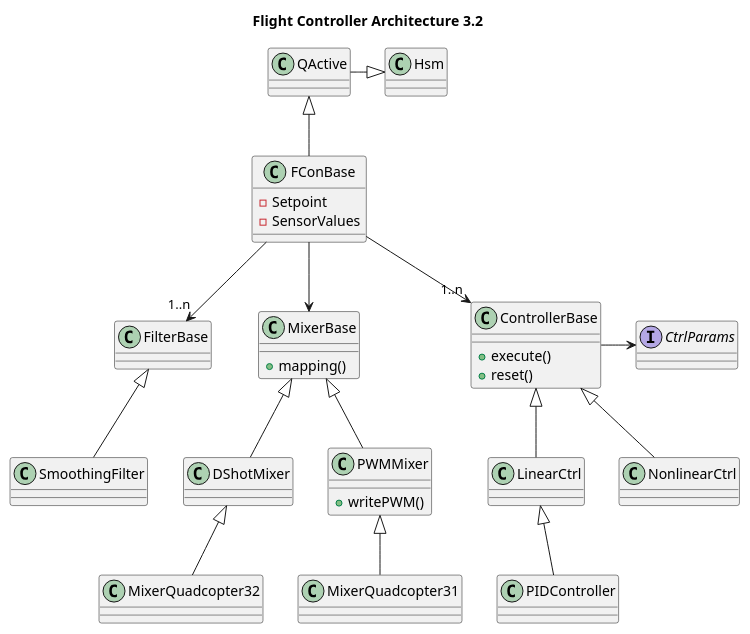
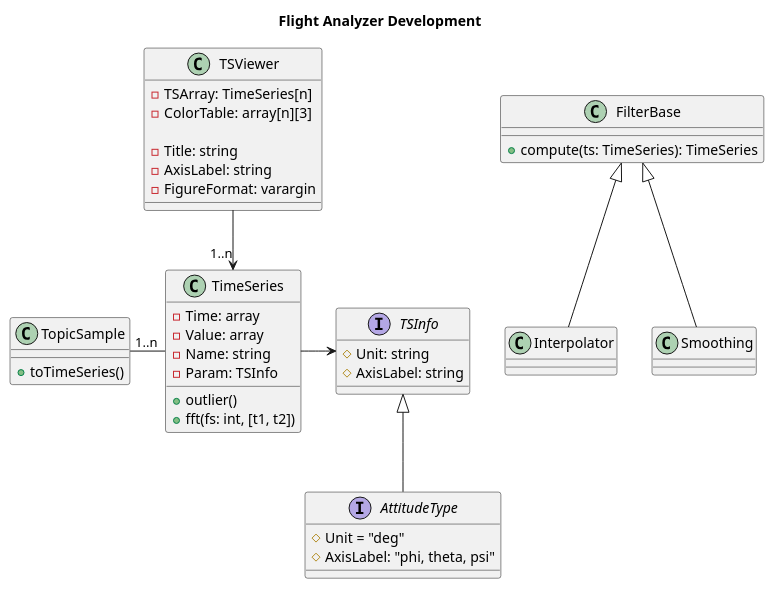
The diagram in Documentation/design.pu (khanhln2907/FlightAnalyzer), drawn with PlantUML before and after one commit. The commit also changed 24 other files, not shown here.

```diff
--- a/Documentation/design.pu
+++ b/Documentation/design.pu
@@ -1,61 +1,62 @@
 @startuml
 
-title Flight Controller Architecture 3.2
+title Flight Analyzer Development
 
-class FConBase {
-    - Setpoint
-    - SensorValues 
+class TopicSample {
+    + toTimeSeries()
 }
 
-class ControllerBase{
-    + execute()
-    + reset()
+class TSViewer {
+    - TSArray: TimeSeries[n]
+    - ColorTable: array[n][3]
+
+    - Title: string 
+    - AxisLabel: string
+    - FigureFormat: varargin 
 }
 
-class PIDController {
+class TimeSeries {
+    - Time: array 
+    - Value: array 
+    - Name: string 
+    - Param: TSInfo
+
+    + outlier()
+    + fft(fs: int, [t1, t2])
+}
+
+
+interface TSInfo {
+    # Unit: string 
+    # AxisLabel: string 
+}
+
+interface AttitudeType {
+    # Unit = "deg"
+    # AxisLabel: "phi, theta, psi"
+}
+
+
+class FilterBase {
+    + compute(ts: TimeSeries): TimeSeries
+}
+
+class Interpolator
+
+class Smoothing {
 
 }
 
-class MixerBase {
-    + mapping() 
-}
 
-class PWMMixer {
-    + writePWM()
-}
+TopicSample -r- "1..n" TimeSeries 
 
-class MixerQuadcopter31 {
 
-}
+TimeSeries -r-> TSInfo
+Interpolator -u-|> FilterBase
+Smoothing -u-|> FilterBase
 
-class DShotMixer{
+TSViewer --> "1..n" TimeSeries 
 
-}
-
-interface CtrlParams{
-
-}
-
-class FilterBase{
-
-}
-
-QActive -r-|> Hsm
-FConBase -u-|> QActive
-
-FConBase -d-> "1..n" ControllerBase
-LinearCtrl -u-|> ControllerBase
-PIDController -u-|> LinearCtrl  
-NonlinearCtrl -u-|> ControllerBase
-ControllerBase -r-> CtrlParams
-
-FConBase -d-> MixerBase
-PWMMixer -u-|> MixerBase
-MixerQuadcopter31 -u-|> PWMMixer
-DShotMixer -u-|> MixerBase
-MixerQuadcopter32 -u-|> DShotMixer
-
-FConBase -d-> "1..n" FilterBase
-SmoothingFilter -u-|> FilterBase 
+AttitudeType -u-|> TSInfo
 
 @enduml
```
